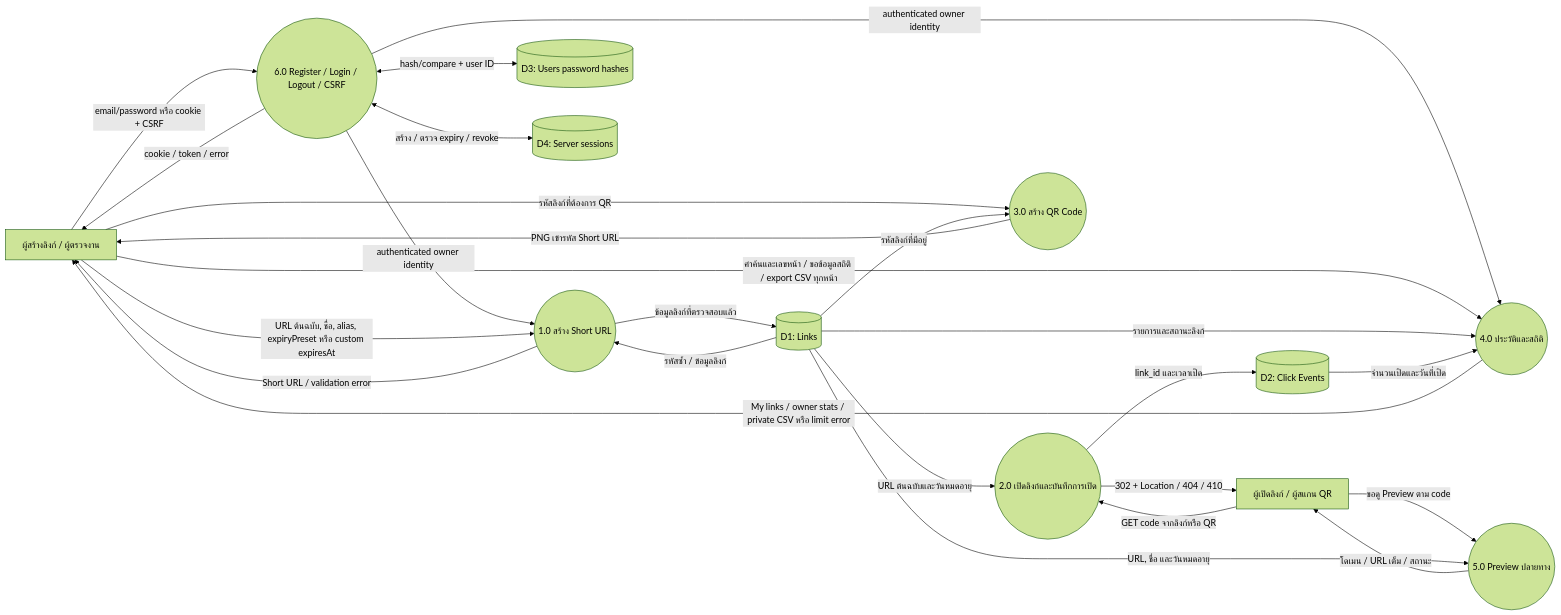
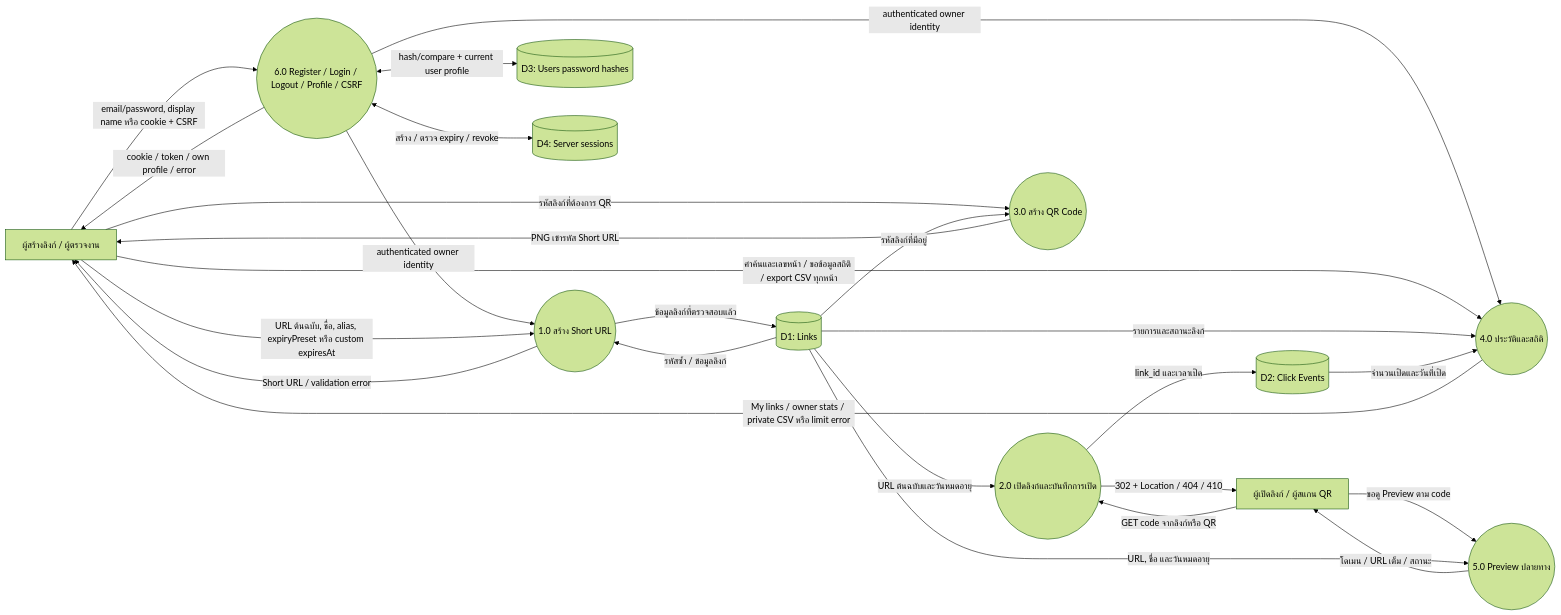
Before and after one commit to nicky-wrc/short-url-system: the first of 6 diagrams in docs/DIAGRAMS.md, drawn with Mermaid (forest theme). The commit also changed other lines of this file and 12 other files, not shown here.

````diff
--- a/docs/DIAGRAMS.md
+++ b/docs/DIAGRAMS.md
@@ -9,39 +9,39 @@
 ```mermaid
 flowchart LR
     U["ผู้สร้างลิงก์ / ผู้ตรวจงาน"]
     V["ผู้เปิดลิงก์ / ผู้สแกน QR"]
     P1(("1.0 สร้าง Short URL"))
     P2(("2.0 เปิดลิงก์และบันทึกการเปิด"))
     P3(("3.0 สร้าง QR Code"))
     P4(("4.0 ประวัติและสถิติ"))
     P5(("5.0 Preview ปลายทาง"))
-    P6(("6.0 Register / Login / Logout / CSRF"))
+    P6(("6.0 Register / Login / Logout / Profile / CSRF"))
     D1[("D1: Links")]
     D2[("D2: Click Events")]
     D3[("D3: Users password hashes")]
     D4[("D4: Server sessions")]
-    U -->|"email/password หรือ cookie + CSRF"| P6
-    P6 <-->|"hash/compare + user ID"| D3
+    U -->|"email/password, display name หรือ cookie + CSRF"| P6
+    P6 <-->|"hash/compare + current user profile"| D3
     P6 <-->|"สร้าง / ตรวจ expiry / revoke"| D4
     P6 -->|"authenticated owner identity"| P1
     P6 -->|"authenticated owner identity"| P4
-    P6 -->|"cookie / token / error"| U
+    P6 -->|"cookie / token / own profile / error"| U
     U -->|"URL ต้นฉบับ, ชื่อ, alias, expiryPreset หรือ custom expiresAt"| P1
     P1 -->|"ข้อมูลลิงก์ที่ตรวจสอบแล้ว"| D1
     D1 -->|"รหัสซ้ำ / ข้อมูลลิงก์"| P1
     P1 -->|"Short URL / validation error"| U
     V -->|"GET code จากลิงก์หรือ QR"| P2
     D1 -->|"URL ต้นฉบับและวันหมดอายุ"| P2
     P2 -->|"link_id และเวลาเปิด"| D2
     P2 -->|"302 + Location / 404 / 410"| V
     U -->|"รหัสลิงก์ที่ต้องการ QR"| P3
     D1 -->|"รหัสลิงก์ที่มีอยู่"| P3
     P3 -->|"PNG เข้ารหัส Short URL"| U
     U -->|"คำค้นและเลขหน้า / ขอข้อมูลสถิติ / export CSV ทุกหน้า"| P4
     D1 -->|"รายการและสถานะลิงก์"| P4
     D2 -->|"จำนวนเปิดและวันที่เปิด"| P4
     P4 -->|"My links / owner stats / private CSV หรือ limit error"| U
     V -->|"ขอดู Preview ตาม code"| P5
     D1 -->|"URL, ชื่อ และวันหมดอายุ"| P5
     P5 -->|"โดเมน / URL เต็ม / สถานะ"| V
 ```
````
